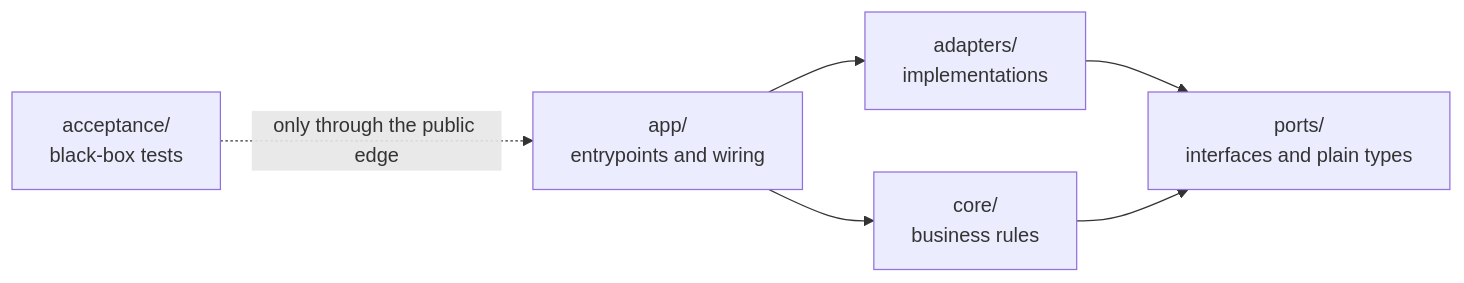
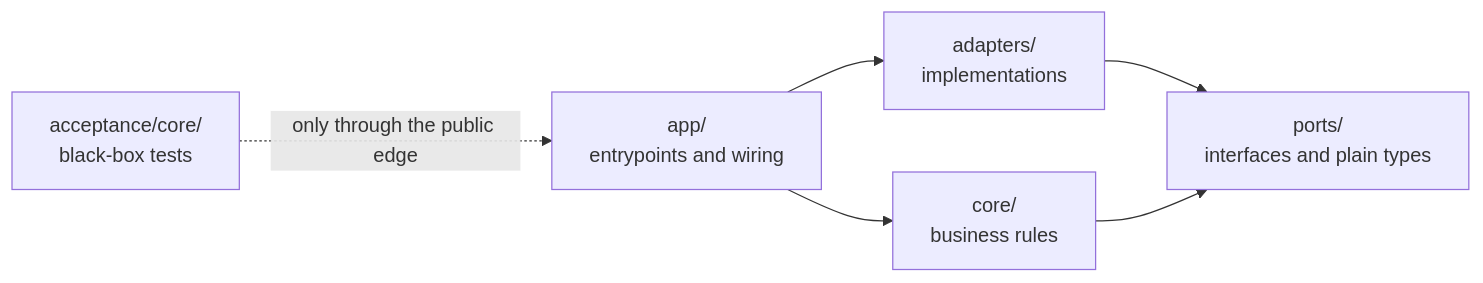
The diagram in docs/architecture.md (lightguardian/teseu-driven-development-template), drawn with Mermaid before and after one commit. The commit also changed other lines of this file and 14 other files, not shown here.

First line of the commit message:
feat(tests)!: only the core test is black-box; spec tests follow the language

````diff
--- a/docs/architecture.md
+++ b/docs/architecture.md
@@ -22,8 +22,8 @@
 ```mermaid
 flowchart LR
   App["app/<br/>entrypoints and wiring"] --> Core["core/<br/>business rules"]
   App --> Adapters["adapters/<br/>implementations"]
   Adapters --> Ports["ports/<br/>interfaces and plain types"]
   Core --> Ports
-  Tests["acceptance/<br/>black-box tests"] -. "only through the public edge" .-> App
+  Tests["acceptance/core/<br/>black-box tests"] -. "only through the public edge" .-> App
 ```
````
